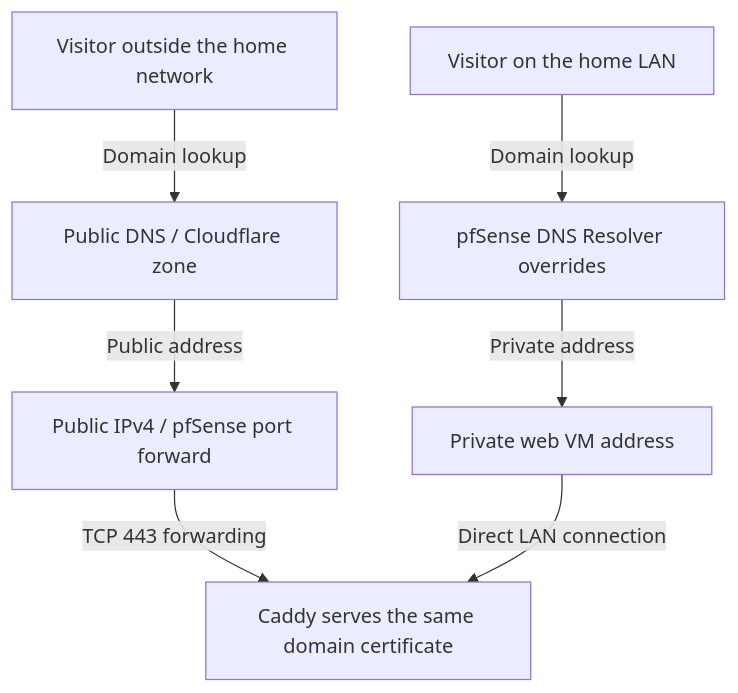
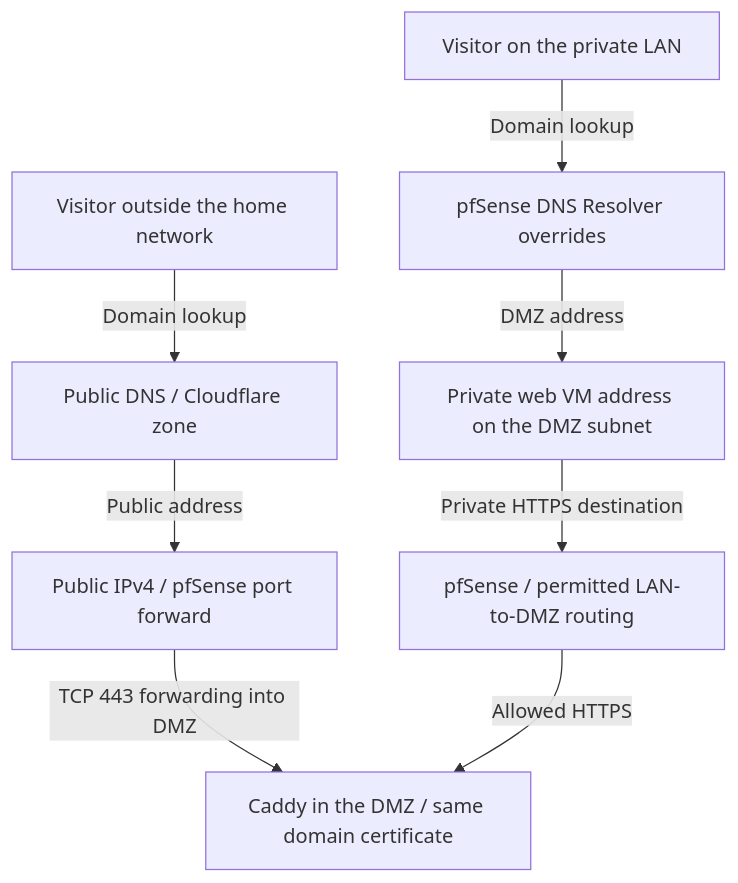
One commit to SafiShahid34/Safi-Portfolio-Architecture changed the second of 5 diagrams in README.md. Above: the diagram before and after it, drawn with Mermaid. The commit also changed other lines of this file, not shown here.

````diff
--- a/README.md
+++ b/README.md
@@ -316,17 +242,19 @@
 ```mermaid
 flowchart TD
     public["Visitor outside the home network"]
-    local["Visitor on the home LAN"]
+    local["Visitor on the private LAN"]
     publicdns["Public DNS / Cloudflare zone"]
     localdns["pfSense DNS Resolver overrides"]
     wan["Public IPv4 / pfSense port forward"]
-    private["Private web VM address"]
-    caddy["Caddy serves the same domain certificate"]
+    private["Private web VM address on the DMZ subnet"]
+    route["pfSense / permitted LAN-to-DMZ routing"]
+    caddy["Caddy in the DMZ / same domain certificate"]
 
     public -->|"Domain lookup"| publicdns
     publicdns -->|"Public address"| wan
-    wan -->|"TCP 443 forwarding"| caddy
+    wan -->|"TCP 443 forwarding into DMZ"| caddy
     local -->|"Domain lookup"| localdns
-    localdns -->|"Private address"| private
-    private -->|"Direct LAN connection"| caddy
+    localdns -->|"DMZ address"| private
+    private -->|"Private HTTPS destination"| route
+    route -->|"Allowed HTTPS"| caddy
 ```
````
